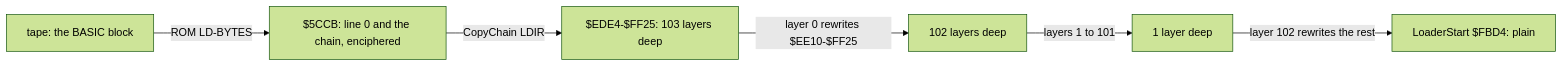
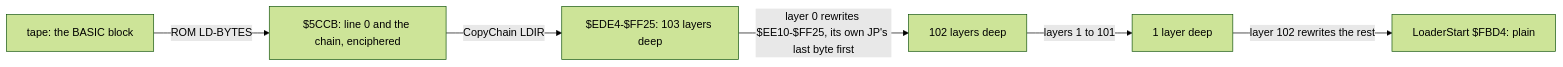
Before and after one commit to alfishe/unrealng-reverse-cases: the first of 7 diagrams in games/myth/docs/03-build-and-load.md, drawn with Mermaid (forest theme). The commit also changed other lines of this file and 42 other files, not shown here.

Commit message:
Myth: review round 1 fixed (57 findings): waits at two HALTs a turn, the demon's tenth object, the deadly cell ahead of the head, enemies and bosses of stages 2-5 with asm, mermaid, animations and witnesses, maps and enemy sheets redrawn

````diff
--- a/games/myth/docs/03-build-and-load.md
+++ b/games/myth/docs/03-build-and-load.md
@@ -284,8 +285,8 @@
 ```mermaid
 flowchart LR
     T["tape: the BASIC block"] -->|"ROM LD-BYTES"| B["$5CCB: line 0 and the chain, enciphered"]
     B -->|"CopyChain LDIR"| C0["$EDE4-$FF25: 103 layers deep"]
-    C0 -->|"layer 0 rewrites $EE10-$FF25"| C1["102 layers deep"]
+    C0 -->|"layer 0 rewrites $EE10-$FF25, its own JP's last byte first"| C1["102 layers deep"]
     C1 -->|"layers 1 to 101"| C2["1 layer deep"]
     C2 -->|"layer 102 rewrites the rest"| L["LoaderStart $FBD4: plain"]
 ```
````
